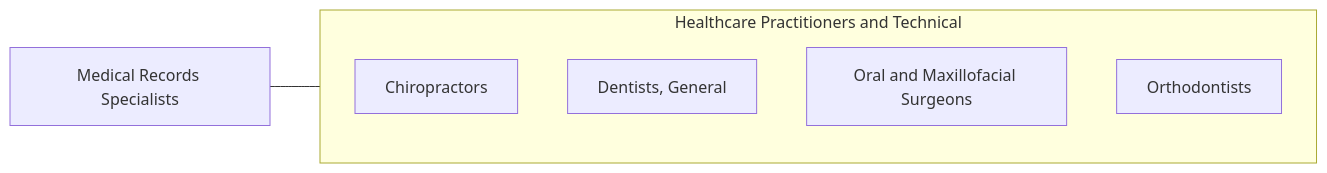
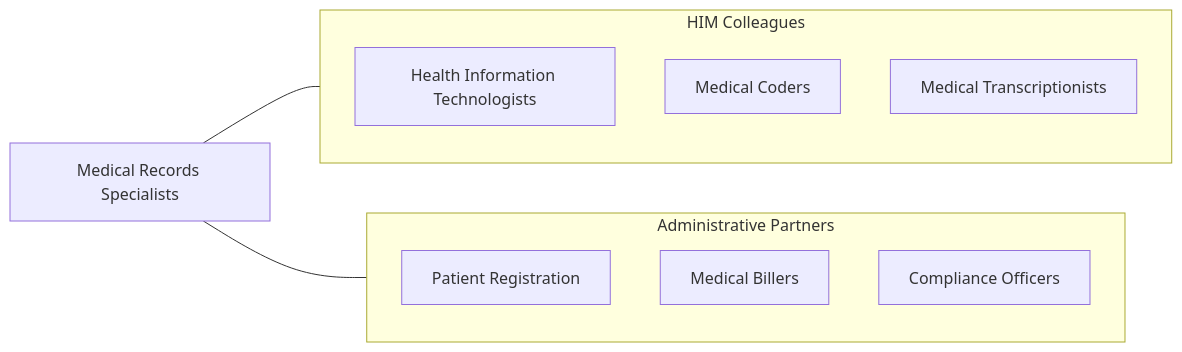
One commit to kziemski/business.org.ai changed the fourth of 4 diagrams in occupations/HealthcarePractitioners/MedicalRecordsSpecialists.mdx. Above: the diagram before and after it, drawn with Mermaid. The commit also changed other lines of this file and 938 other files, not shown here.

````diff
--- a/occupations/HealthcarePractitioners/MedicalRecordsSpecialists.mdx
+++ b/occupations/HealthcarePractitioners/MedicalRecordsSpecialists.mdx
@@ -110,13 +179,19 @@
 ```mermaid
 graph LR
     Current["Medical Records Specialists"]
 
-    subgraph SameCategory["Healthcare Practitioners and Technical"]
-        Chiropractors["Chiropractors"]
-        DentistsGeneral["Dentists, General"]
-        OralAndMaxillofacial["Oral and Maxillofacial Surgeons"]
-        Orthodontists["Orthodontists"]
+    subgraph HIMTeam["HIM Colleagues"]
+        HITs["Health Information Technologists"]
+        Coders["Medical Coders"]
+        Transcriptionists["Medical Transcriptionists"]
     end
 
-    Current --- SameCategory
+    subgraph Admin["Administrative Partners"]
+        Registration["Patient Registration"]
+        Billing["Medical Billers"]
+        Compliance["Compliance Officers"]
+    end
+
+    Current --- HIMTeam
+    Current --- Admin
 ```
````
